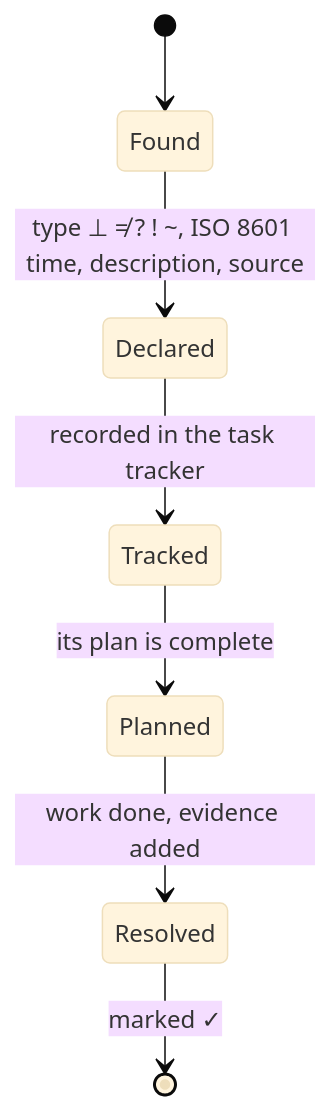
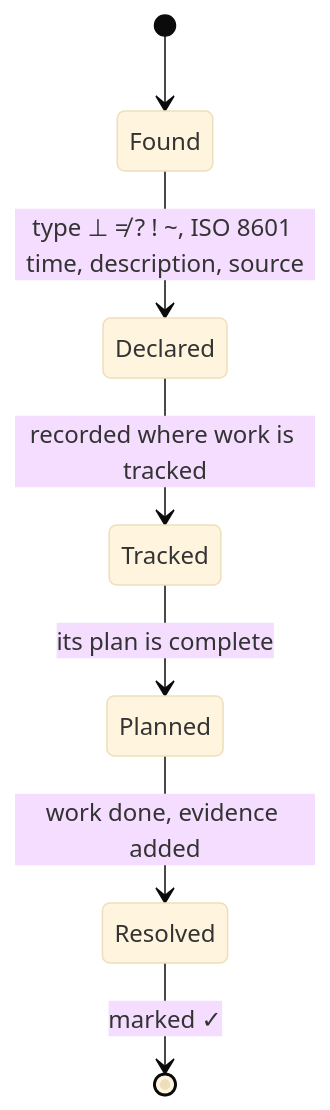
Diagram 13 of 14 in AGENTS.md (SolenixAI/arbiter), drawn with Mermaid (base theme) before and after one commit. The commit also changed other lines of this file, not shown here.

````diff
--- a/AGENTS.md
+++ b/AGENTS.md
@@ -524,9 +531,9 @@
 ```mermaid
 stateDiagram-v2
   [*] --> Found
   Found --> Declared: type ⊥ ≠ ? ! ~, ISO 8601 time, description, source
-  Declared --> Tracked: recorded in the task tracker
+  Declared --> Tracked: recorded where work is tracked
   Tracked --> Planned: its plan is complete
   Planned --> Resolved: work done, evidence added
   Resolved --> [*]: marked ✓
 ```
````
